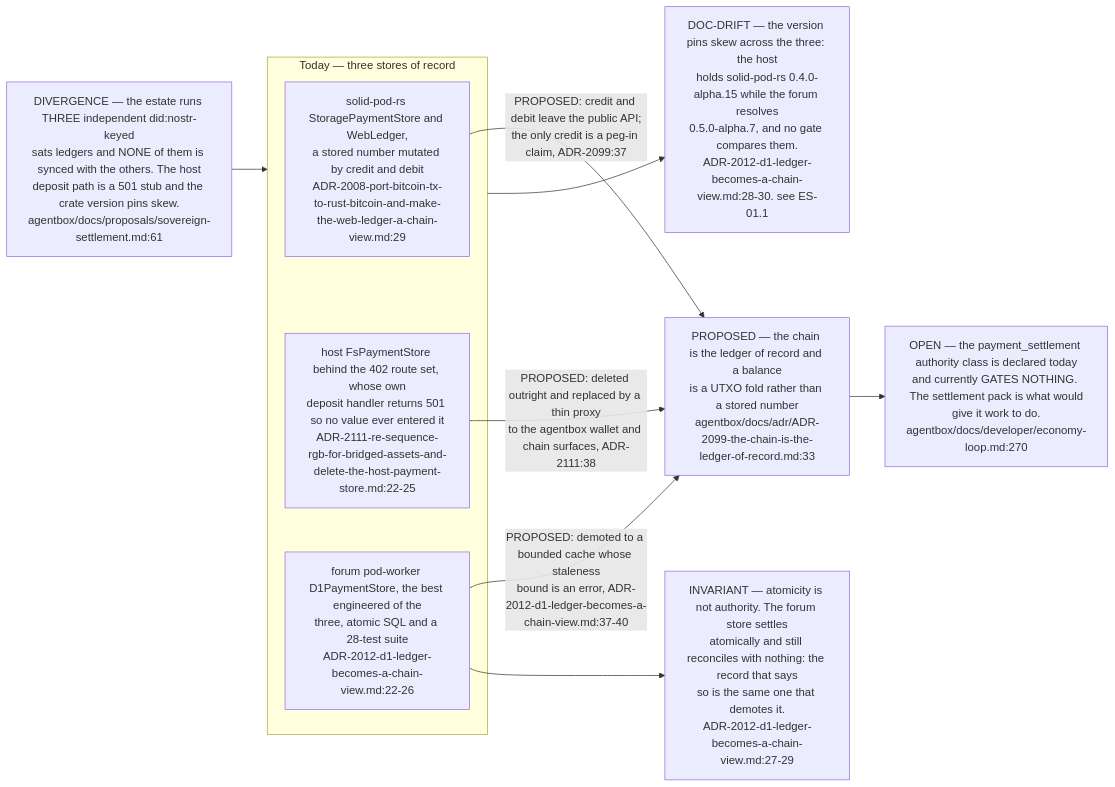
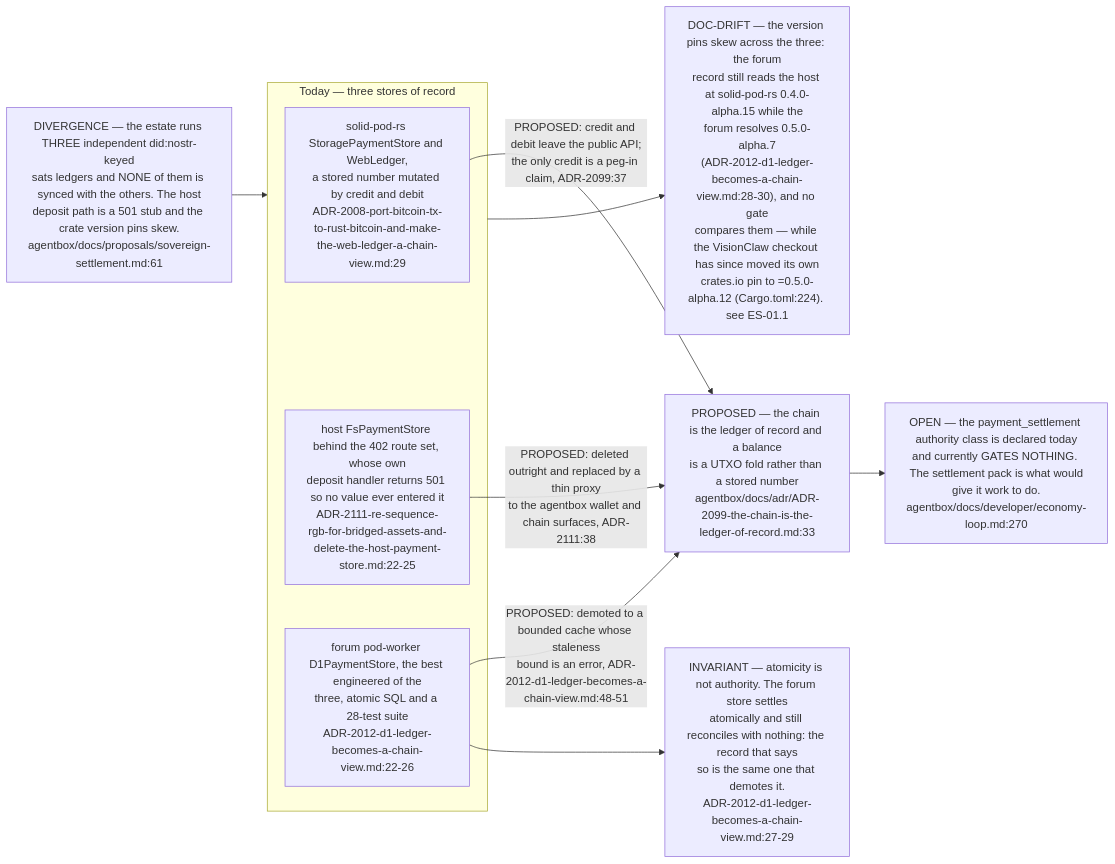
Before and after one commit to DreamLab-AI/VisionFlow: diagram 12 of 12 in docs/diagrams/estate/03-cross-repo-federation-contract.md, drawn with Mermaid. The commit also changed other lines of this file and 111 other files, not shown here.

Commit message:
docs(diagrams): align estate maps with current source

````diff
--- a/docs/diagrams/estate/03-cross-repo-federation-contract.md
+++ b/docs/diagrams/estate/03-cross-repo-federation-contract.md
@@ -475,25 +479,25 @@
 ```mermaid
 flowchart LR
     FACT["DIVERGENCE — the estate runs THREE independent did:nostr-keyed<br/>sats ledgers and NONE of them is synced with the others. The host<br/>deposit path is a 501 stub and the crate version pins skew.<br/>agentbox/docs/proposals/sovereign-settlement.md:61"]
 
     subgraph TODAY["Today — three stores of record"]
         L1["solid-pod-rs StoragePaymentStore and WebLedger,<br/>a stored number mutated by credit and debit<br/>ADR-2008-port-bitcoin-tx-to-rust-bitcoin-and-make-the-web-ledger-a-chain-view.md:29"]
         L2["host FsPaymentStore behind the 402 route set, whose own<br/>deposit handler returns 501 so no value ever entered it<br/>ADR-2111-re-sequence-rgb-for-bridged-assets-and-delete-the-host-payment-store.md:22-25"]
         L3["forum pod-worker D1PaymentStore, the best engineered of the<br/>three, atomic SQL and a 28-test suite<br/>ADR-2012-d1-ledger-becomes-a-chain-view.md:22-26"]
     end
     FACT --> TODAY
 
     CHAIN["PROPOSED — the chain is the ledger of record and a balance<br/>is a UTXO fold rather than a stored number<br/>agentbox/docs/adr/ADR-2099-the-chain-is-the-ledger-of-record.md:33"]
     L1 -->|"PROPOSED: credit and debit leave the public API;<br/>the only credit is a peg-in claim, ADR-2099:37"| CHAIN
     L2 -->|"PROPOSED: deleted outright and replaced by a thin proxy<br/>to the agentbox wallet and chain surfaces, ADR-2111:38"| CHAIN
-    L3 -->|"PROPOSED: demoted to a bounded cache whose staleness<br/>bound is an error, ADR-2012-d1-ledger-becomes-a-chain-view.md:37-40"| CHAIN
+    L3 -->|"PROPOSED: demoted to a bounded cache whose staleness<br/>bound is an error, ADR-2012-d1-ledger-becomes-a-chain-view.md:48-51"| CHAIN
 
     INV2["INVARIANT — atomicity is not authority. The forum store settles<br/>atomically and still reconciles with nothing: the record that says<br/>so is the same one that demotes it.<br/>ADR-2012-d1-ledger-becomes-a-chain-view.md:27-29"]
     L3 --> INV2
 
     GATE["OPEN — the payment_settlement authority class is declared today<br/>and currently GATES NOTHING. The settlement pack is what would<br/>give it work to do.<br/>agentbox/docs/developer/economy-loop.md:270"]
     CHAIN --> GATE
 
-    SKEW["DOC-DRIFT — the version pins skew across the three: the host<br/>holds solid-pod-rs 0.4.0-alpha.15 while the forum resolves<br/>0.5.0-alpha.7, and no gate compares them.<br/>ADR-2012-d1-ledger-becomes-a-chain-view.md:28-30. see ES-01.1"]
+    SKEW["DOC-DRIFT — the version pins skew across the three: the forum<br/>record still reads the host at solid-pod-rs 0.4.0-alpha.15 while the<br/>forum resolves 0.5.0-alpha.7<br/>(ADR-2012-d1-ledger-becomes-a-chain-view.md:28-30), and no gate<br/>compares them — while the VisionClaw checkout has since moved its own<br/>crates.io pin to =0.5.0-alpha.12 (Cargo.toml:224). see ES-01.1"]
     TODAY --> SKEW
 ```
````
